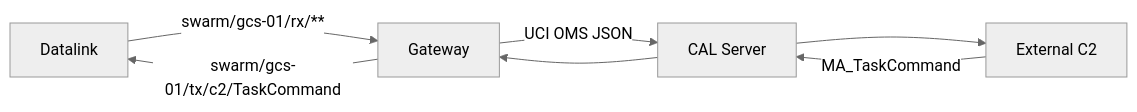
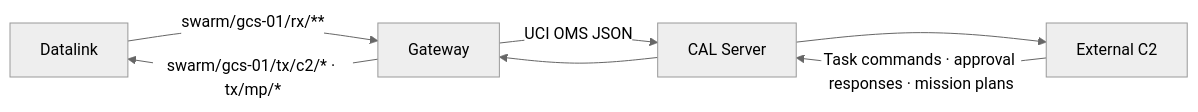
Before and after one commit to Kimbyung-wook/SwarmFlSim: the first of 2 diagrams in docs/en/42_user/09_gateway.md, drawn with Mermaid (neutral theme). The commit also changed other lines of this file and 34 other files, not shown here.

````diff
--- a/docs/en/42_user/09_gateway.md
+++ b/docs/en/42_user/09_gateway.md
@@ -7,9 +7,9 @@
 ```mermaid
 flowchart LR
     SIM["Datalink"] -- "swarm/gcs-01/rx/**" --> GW["Gateway"]
     GW -- "UCI OMS JSON" --> CAL["CAL Server"]
     CAL --> EXT["External C2"]
-    EXT -- "MA_TaskCommand" --> CAL
+    EXT -- "Task commands · approval responses · mission plans" --> CAL
     CAL --> GW
-    GW -- "swarm/gcs-01/tx/c2/TaskCommand" --> SIM
+    GW -- "swarm/gcs-01/tx/c2/* · tx/mp/*" --> SIM
 ```
````
